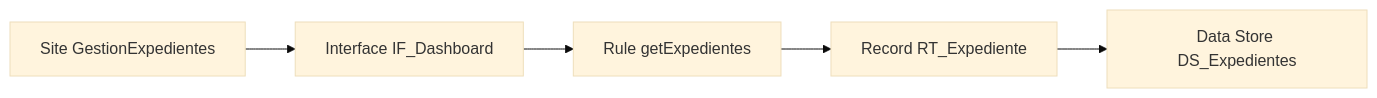
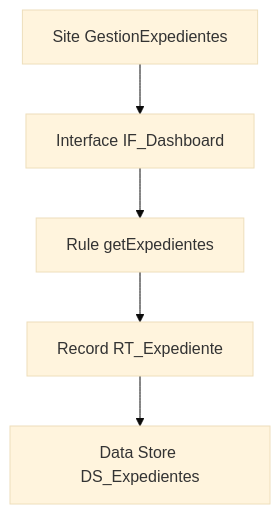
The first of 9 diagrams in skills/appian-reverse-engineering/references/mermaid-rules.md (raulogm077/Analista-Funcional-Appian), drawn with Mermaid (base theme) before and after one commit. The commit also changed other lines of this file and 33 other files, not shown here.

````diff
--- a/skills/appian-reverse-engineering/references/mermaid-rules.md
+++ b/skills/appian-reverse-engineering/references/mermaid-rules.md
@@ -193,7 +205,7 @@
 ```mermaid
-flowchart LR
+flowchart TD
   N1["Site GestionExpedientes"] --> N2["Interface IF_Dashboard"]
   N2 --> N3["Rule getExpedientes"]
   N3 --> N4["Record RT_Expediente"]
   N4 --> N5["Data Store DS_Expedientes"]
 ```
````
